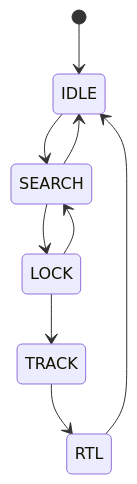
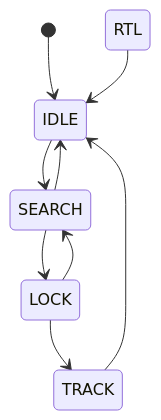
Before and after one commit to IN-AIR-KR/26_HC056: the second of 4 diagrams in SW/docs/DESIGN.md, drawn with Mermaid. The commit also changed other lines of this file and 4 other files, not shown here.

````diff
--- a/SW/docs/DESIGN.md
+++ b/SW/docs/DESIGN.md
@@ -187,11 +187,11 @@
 ```mermaid
 stateDiagram-v2
     [*] --> IDLE
     IDLE --> SEARCH
     SEARCH --> IDLE
     SEARCH --> LOCK
     LOCK --> SEARCH
     LOCK --> TRACK
-    TRACK --> RTL
+    TRACK --> IDLE
     RTL --> IDLE
 ```
````
